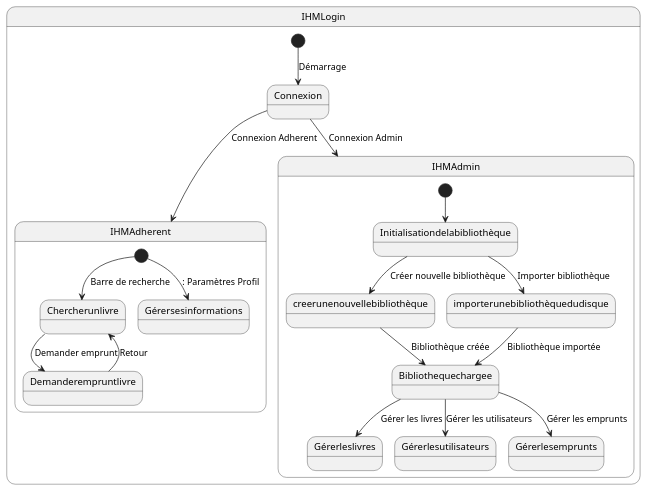
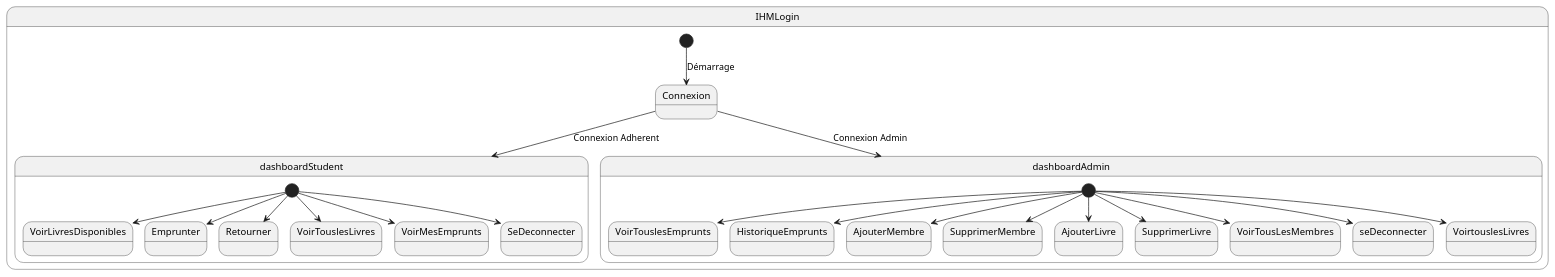
The diagram in src/main/DiagrammesUML/EtatBiblio.puml (NajiOussama/LibraryManagementSoftware), drawn with PlantUML before and after one commit. The commit also changed 6 other files, not shown here.

```diff
--- a/src/main/DiagrammesUML/EtatBiblio.puml
+++ b/src/main/DiagrammesUML/EtatBiblio.puml
@@ -1,52 +1,57 @@
 @startuml
 
 
 
 
 state IHMLogin {
 
-state IHMAdherent
-state IHMAdmin
+state dashboardStudent
+state dashboardAdmin
 state Connexion
 
  [*] --> Connexion: Démarrage
- Connexion --> IHMAdmin : Connexion Admin
- Connexion --> IHMAdherent : Connexion Adherent
+ Connexion --> dashboardAdmin : Connexion Admin
+ Connexion --> dashboardStudent : Connexion Adherent
   }
 
-state IHMAdmin {
+state dashboardAdmin {
 
-state Initialisationdelabibliothèque
-state creerunenouvellebibliothèque
-state importerunebibliothèquedudisque
-state Gérerleslivres
-state Gérerlesutilisateurs
-state Gérerlesemprunts
-state Bibliothequechargee
+state VoirTouslesEmprunts
+state HistoriqueEmprunts
+state AjouterMembre
+state SupprimerMembre
+state AjouterLivre
+state SupprimerLivre
+state VoirTousLesMembres
+state seDeconnecter
 
-[*] --> Initialisationdelabibliothèque
-Initialisationdelabibliothèque --> creerunenouvellebibliothèque : Créer nouvelle bibliothèque
-Initialisationdelabibliothèque --> importerunebibliothèquedudisque : Importer bibliothèque
-creerunenouvellebibliothèque --> Bibliothequechargee : Bibliothèque créée
-importerunebibliothèquedudisque --> Bibliothequechargee : Bibliothèque importée
-Bibliothequechargee --> Gérerlesutilisateurs : Gérer les utilisateurs
-Bibliothequechargee --> Gérerlesemprunts : Gérer les emprunts
-Bibliothequechargee --> Gérerleslivres : Gérer les livres
-
+[*] --> VoirTouslesEmprunts
+[*] --> HistoriqueEmprunts
+[*] --> AjouterMembre
+[*] --> SupprimerMembre
+[*] --> AjouterLivre
+[*] --> SupprimerLivre
+[*] --> VoirTousLesMembres
+[*] --> VoirtouslesLivres
+[*] --> seDeconnecter
 
 }
 
-state IHMAdherent {
+state dashboardStudent {
 
-state Chercherunlivre
-state Demanderempruntlivre
-state Gérersesinformations
+state VoirLivresDisponibles
+state Emprunter
+state Retourner
+state VoirTouslesLivres
+state VoirMesEmprunts
+state SeDeconnecter
 
-[*] --> Chercherunlivre : Barre de recherche
-[*] --> Gérersesinformations : : Paramètres Profil
-Chercherunlivre --> Demanderempruntlivre :Demander emprunt
-Demanderempruntlivre--> Chercherunlivre : Retour
-
+[*] --> VoirMesEmprunts
+[*] --> VoirLivresDisponibles
+[*] --> Emprunter
+[*] --> Retourner
+[*] -->VoirTouslesLivres
+[*] --> SeDeconnecter
 
 
 @enduml
```
